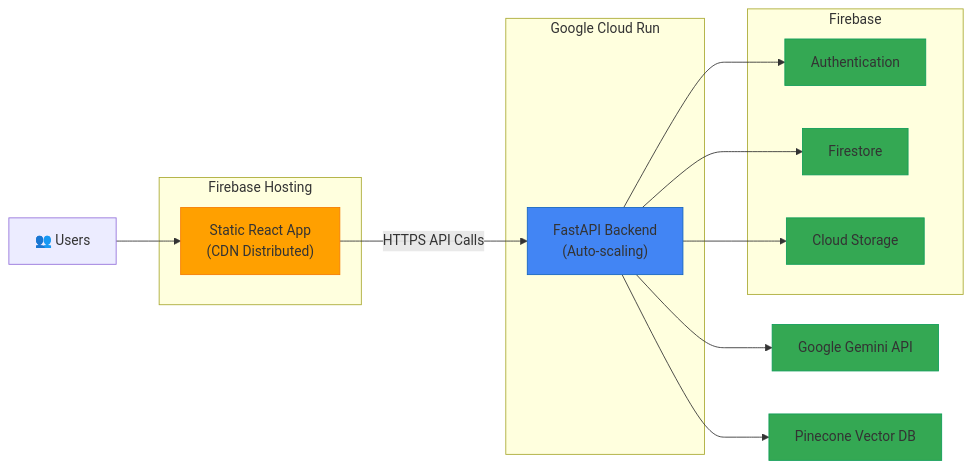
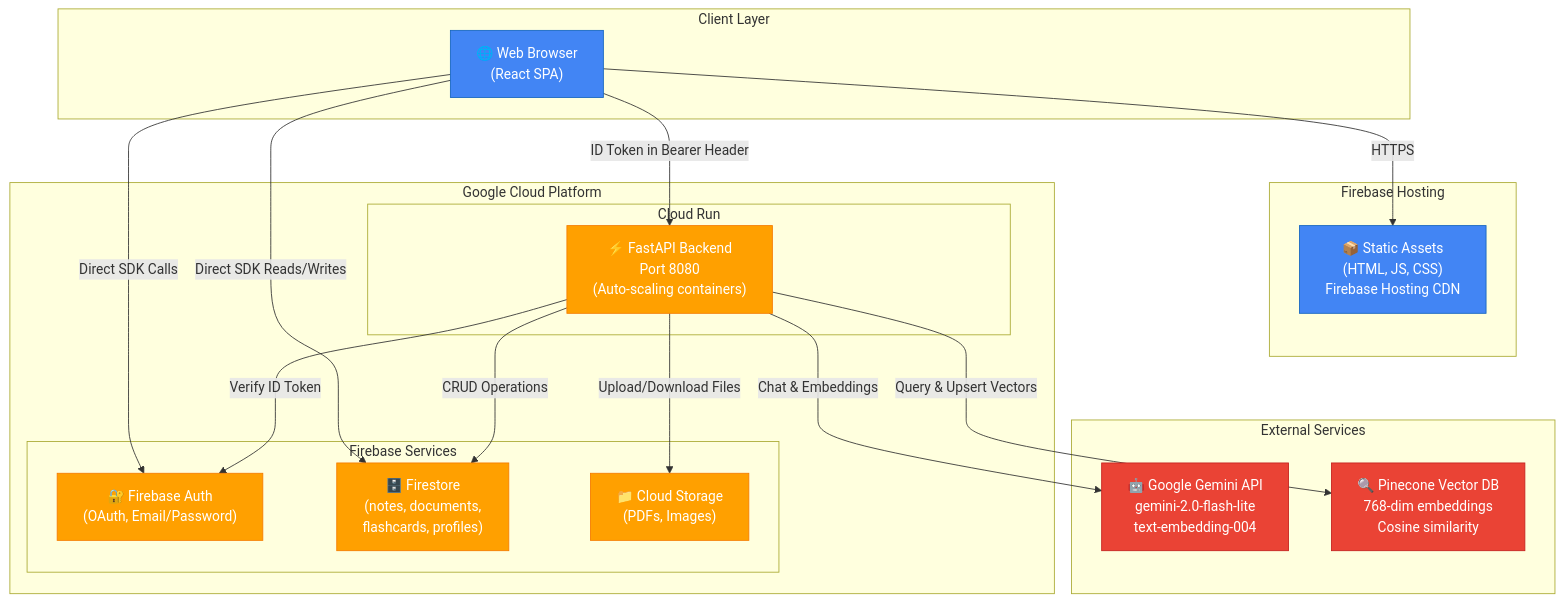
The diagram in ARCHITECTURE.md (yongjiexue88/LearningAier), drawn with Mermaid before and after one commit. The commit also changed other lines of this file and 3 other files, not shown here.

First line of the commit message:
Add documentation and optimize architecture docs

````diff
--- a/ARCHITECTURE.md
+++ b/ARCHITECTURE.md
@@ -168,37 +5,47 @@
 ```mermaid
-flowchart LR
-    Users["👥 Users"]
-    
-    subgraph Hosting["Firebase Hosting"]
-        StaticSite["Static React App<br/>(CDN Distributed)"]
+graph TB
+    subgraph "Client Layer"
+        Browser["🌐 Web Browser<br/>(React SPA)"]
     end
     
-    subgraph CloudRun["Google Cloud Run"]
-        API["FastAPI Backend<br/>(Auto-scaling)"]
+    subgraph "Firebase Hosting"
+        StaticFiles["📦 Static Assets<br/>(HTML, JS, CSS)<br/>Firebase Hosting CDN"]
     end
     
-    subgraph Firebase["Firebase"]
-        Auth["Authentication"]
-        DB["Firestore"]
-        Storage["Cloud Storage"]
+    subgraph "Google Cloud Platform"
+        subgraph "Cloud Run"
+            API["⚡ FastAPI Backend<br/>Port 8080<br/>(Auto-scaling containers)"]
+        end
+        
+        subgraph "Firebase Services"
+            Auth["🔐 Firebase Auth<br/>(OAuth, Email/Password)"]
+            Firestore["🗄️ Firestore<br/>(notes, documents,<br/>flashcards, profiles)"]
+            Storage["📁 Cloud Storage<br/>(PDFs, Images)"]
+        end
     end
     
-    Gemini["Google Gemini API"]
-    Pinecone["Pinecone Vector DB"]
+    subgraph "External Services"
+        Gemini["🤖 Google Gemini API<br/>gemini-2.0-flash-lite<br/>text-embedding-004"]
+        Pinecone["🔍 Pinecone Vector DB<br/>768-dim embeddings<br/>Cosine similarity"]
+    end
     
-    Users --> StaticSite
-    StaticSite -->|HTTPS API Calls| API
-    API --> Auth
-    API --> DB
-    API --> Storage
-    API --> Gemini
-    API --> Pinecone
+    Browser -->|HTTPS| StaticFiles
+    Browser -->|ID Token in Bearer Header| API
+    Browser -->|Direct SDK Calls| Auth
+    Browser -->|Direct SDK Reads/Writes| Firestore
     
-    classDef hosting fill:#FFA000,stroke:#F57C00
-    classDef compute fill:#4285F4,stroke:#1565C0
-    classDef data fill:#34A853,stroke:#0F9D58
+    API -->|Verify ID Token| Auth
+    API -->|CRUD Operations| Firestore
+    API -->|Upload/Download Files| Storage
+    API -->|Chat & Embeddings| Gemini
+    API -->|Query & Upsert Vectors| Pinecone
     
-    class StaticSite hosting
-    class API compute
-    class Auth,DB,Storage,Gemini,Pinecone data
+    classDef frontend fill:#4285F4,stroke:#1565C0,color:#fff
+    classDef backend fill:#34A853,stroke:#0F9D58,color:#fff
+    classDef firebase fill:#FFA000,stroke:#F57C00,color:#fff
+    classDef external fill:#EA4335,stroke:#C5221F,color:#fff
+    
+    class Browser,StaticFiles frontend
+    class API,Auth,Firestore,Storage firebase
+    class Gemini,Pinecone external
 ```
````
